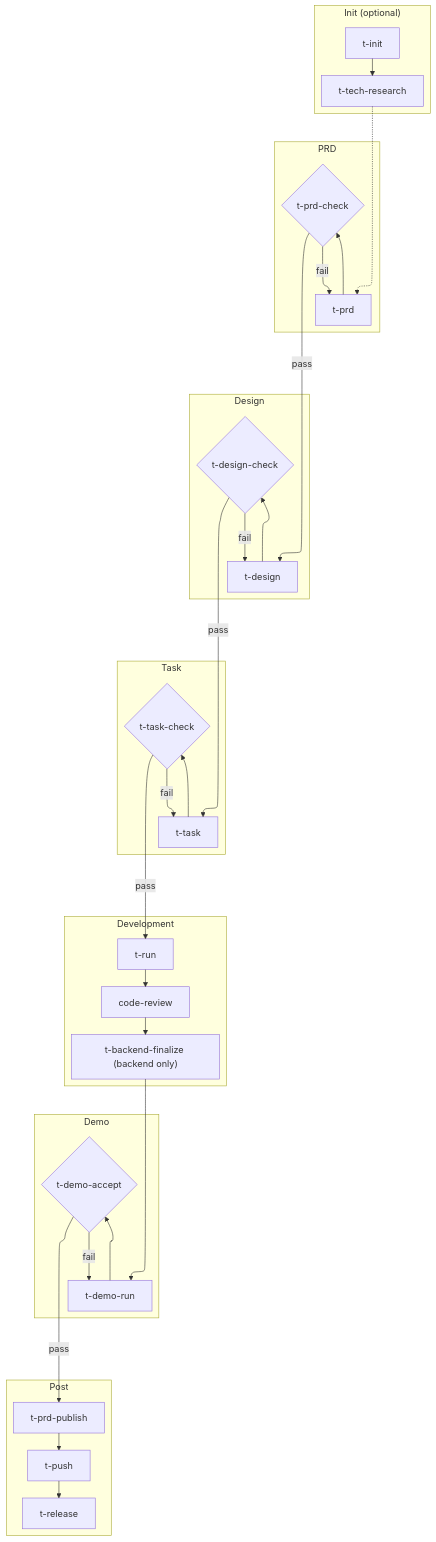
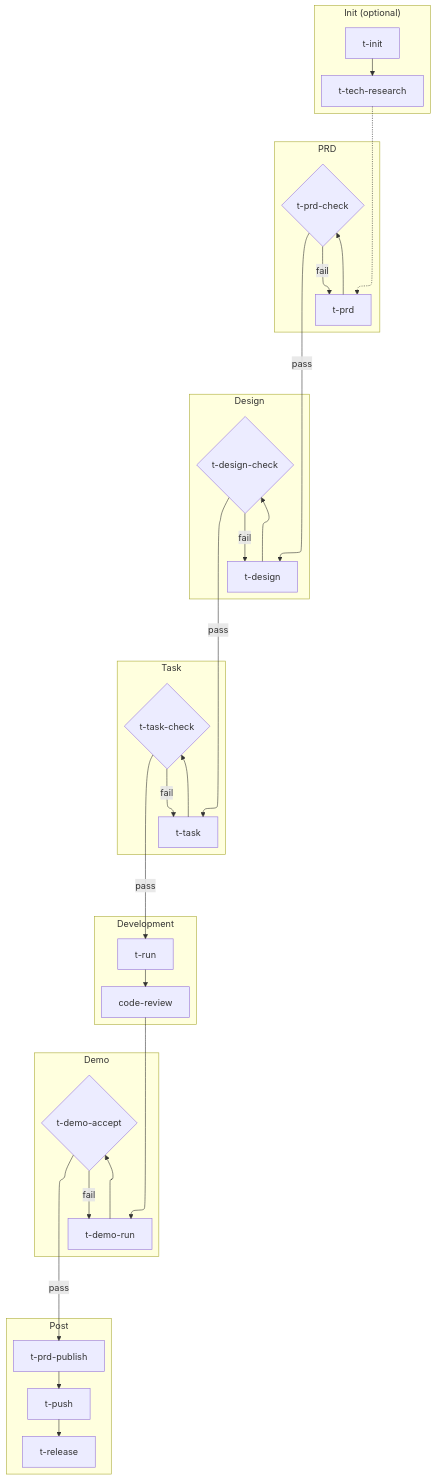
Before and after one commit to timzaak/web-dev-skills: the diagram in human/structure.en.md, drawn with Mermaid. The commit also changed other lines of this file and 21 other files, not shown here.

````diff
--- a/human/structure.en.md
+++ b/human/structure.en.md
@@ -147,44 +146,43 @@
 ```mermaid
 %%{init: {'flowchart': {'defaultRenderer': 'elk'}}}%%
 flowchart TD
     subgraph Init["Init (optional)"]
         direction LR
         A1["t-init"] --> A2["t-tech-research"]
     end
 
     subgraph PRD["PRD"]
         B1["t-prd"] --> B2{"t-prd-check"}
         B2 -->|fail| B1
     end
 
     subgraph Design["Design"]
         C1["t-design"] --> C2{"t-design-check"}
         C2 -->|fail| C1
     end
 
     subgraph Task["Task"]
         D1["t-task"] --> D2{"t-task-check"}
         D2 -->|fail| D1
     end
 
     subgraph Dev["Development"]
         E1["t-run"] --> E2["code-review"]
-        E2 --> E3["t-backend-finalize (backend only)"]
     end
 
     subgraph Demo["Demo"]
         F1["t-demo-run"] --> F2{"t-demo-accept"}
         F2 -->|fail| F1
     end
 
     subgraph Post["Post"]
         G1["t-prd-publish"] --> G2["t-push"] --> G3["t-release"]
     end
 
     A2 -.-> B1
     B2 -->|pass| C1
     C2 -->|pass| D1
     D2 -->|pass| E1
-    E3 --> F1
+    E2 --> F1
     F2 -->|pass| G1
 ```
````
